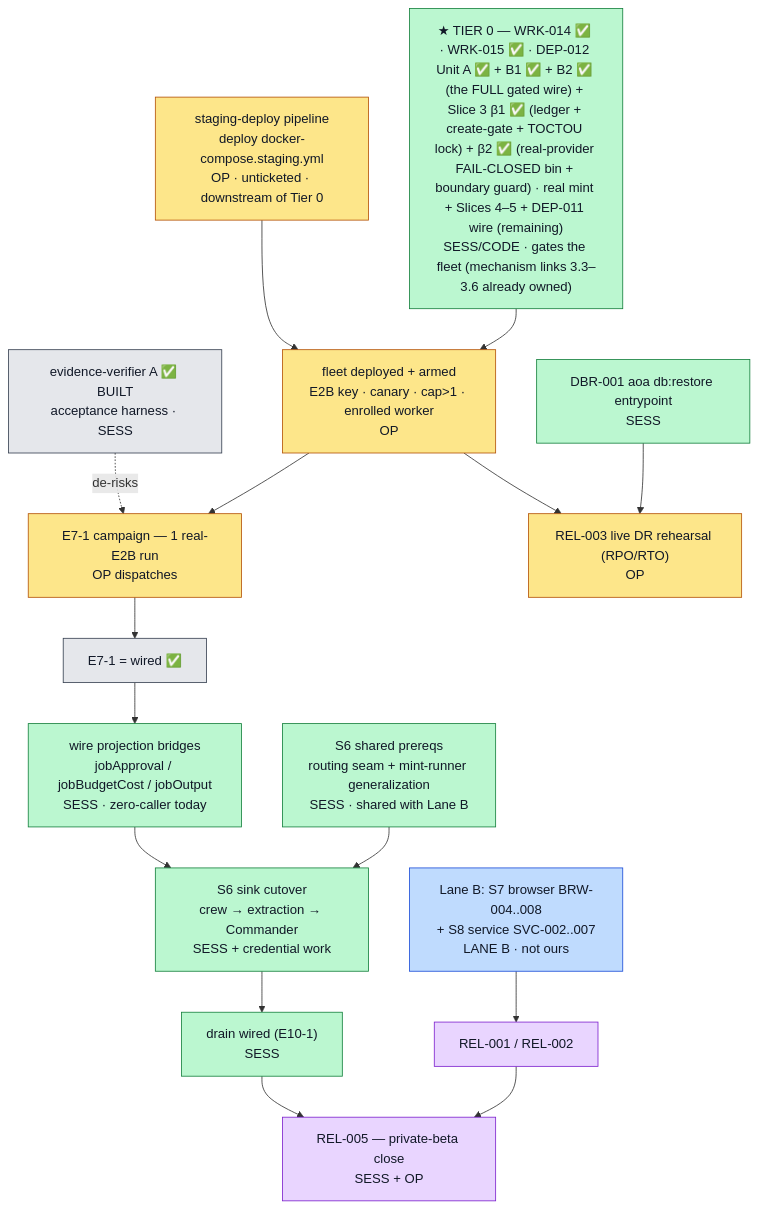
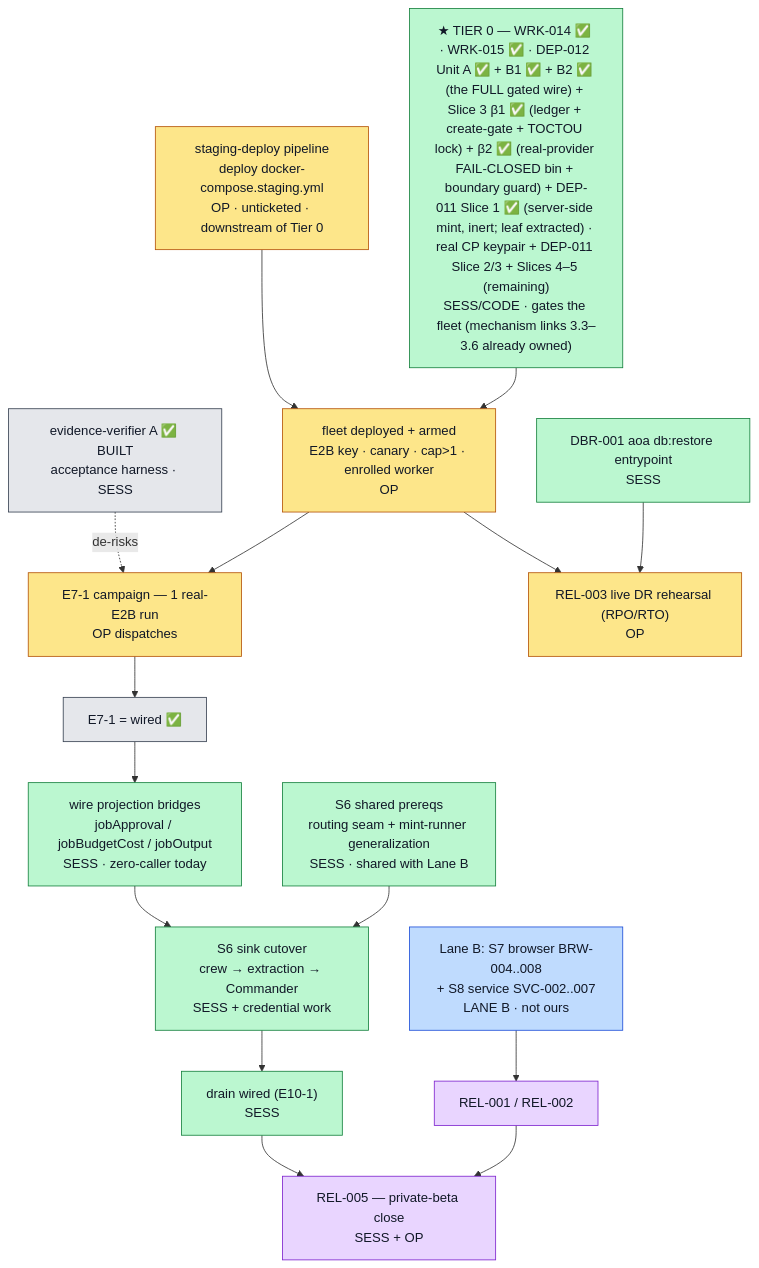
The diagram in docs/replatform/GO-BOOK.md (MeteoriteLabs/AoA), drawn with Mermaid before and after one commit. The commit also changed other lines of this file, not shown here.

First line of the commit message:
docs(DEP-011): Slice 1 verified CI-green — go-book truth pass

````diff
--- a/docs/replatform/GO-BOOK.md
+++ b/docs/replatform/GO-BOOK.md
@@ -228,34 +240,34 @@
 ```mermaid
 flowchart TD
   V["evidence-verifier A ✅ BUILT<br/>acceptance harness · SESS"]:::done
   C0["staging-deploy pipeline<br/>deploy docker-compose.staging.yml<br/>OP · unticketed · downstream of Tier 0"]:::op
-  D11["★ TIER 0 — WRK-014 ✅ · WRK-015 ✅ · DEP-012 Unit A ✅ + B1 ✅ + B2 ✅ (the FULL gated wire) + Slice 3 β1 ✅ (ledger + create-gate + TOCTOU lock) + β2 ✅ (real-provider FAIL-CLOSED bin + boundary guard) · real mint + Slices 4–5 + DEP-011 wire (remaining)<br/>SESS/CODE · gates the fleet (mechanism links 3.3–3.6 already owned)"]:::sess
+  D11["★ TIER 0 — WRK-014 ✅ · WRK-015 ✅ · DEP-012 Unit A ✅ + B1 ✅ + B2 ✅ (the FULL gated wire) + Slice 3 β1 ✅ (ledger + create-gate + TOCTOU lock) + β2 ✅ (real-provider FAIL-CLOSED bin + boundary guard) + DEP-011 Slice 1 ✅ (server-side mint, inert; leaf extracted) · real CP keypair + DEP-011 Slice 2/3 + Slices 4–5 (remaining)<br/>SESS/CODE · gates the fleet (mechanism links 3.3–3.6 already owned)"]:::sess
   C2["fleet deployed + armed<br/>E2B key · canary · cap&gt;1 · enrolled worker<br/>OP"]:::op
   C3["E7-1 campaign — 1 real-E2B run<br/>OP dispatches"]:::op
   CW["E7-1 = wired ✅"]:::done
   BR["wire projection bridges<br/>jobApproval / jobBudgetCost / jobOutput<br/>SESS · zero-caller today"]:::sess
   RT["S6 shared prereqs<br/>routing seam + mint-runner generalization<br/>SESS · shared with Lane B"]:::sess
   SK["S6 sink cutover<br/>crew → extraction → Commander<br/>SESS + credential work"]:::sess
   DR["drain wired (E10-1)<br/>SESS"]:::sess
   R5["REL-005 — private-beta close<br/>SESS + OP"]:::mix
   LB["Lane B: S7 browser BRW-004..008<br/>+ S8 service SVC-002..007<br/>LANE B · not ours"]:::laneb
   R1["REL-001 / REL-002"]:::mix
   DBR["DBR-001 aoa db:restore entrypoint<br/>SESS"]:::sess
   R3["REL-003 live DR rehearsal (RPO/RTO)<br/>OP"]:::op
 
   V -.->|de-risks| C3
   C0 --> C2
   D11 --> C2
   C2 --> C3 --> CW --> BR --> SK
   RT --> SK
   SK --> DR --> R5
   LB --> R1 --> R5
   DBR --> R3
   C2 --> R3
 
   classDef op fill:#fde68a,stroke:#b45309,color:#111827;
   classDef sess fill:#bbf7d0,stroke:#15803d,color:#111827;
   classDef laneb fill:#bfdbfe,stroke:#1d4ed8,color:#111827;
   classDef done fill:#e5e7eb,stroke:#374151,color:#111827;
   classDef mix fill:#e9d5ff,stroke:#7e22ce,color:#111827;
 ```
````
